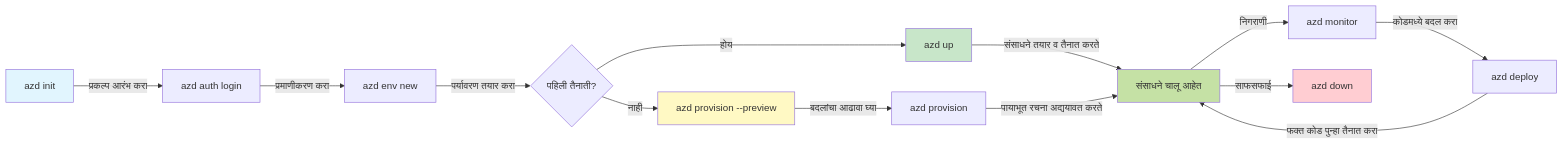
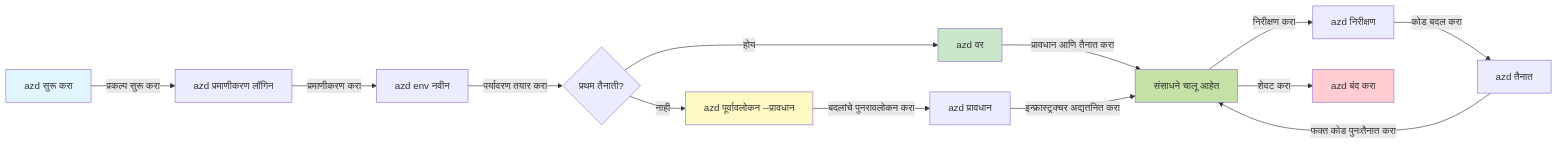
The first of 2 diagrams in translations/mr/docs/chapter-01-foundation/azd-basics.md (microsoft/AZD-for-beginners), drawn with Mermaid before and after one commit. The commit also changed other lines of this file and 101 other files, not shown here.

````diff
--- a/translations/mr/docs/chapter-01-foundation/azd-basics.md
+++ b/translations/mr/docs/chapter-01-foundation/azd-basics.md
@@ -254,21 +269,21 @@
 ```mermaid
 graph LR
-    A[azd init] -->|प्रकल्प आरंभ करा| B[azd auth login]
-    B -->|प्रमाणीकरण करा| C[azd env new]
-    C -->|पर्यावरण तयार करा| D{पहिली तैनाती?}
-    D -->|होय| E[azd up]
-    D -->|नाही| F[azd provision --preview]
-    F -->|बदलांचा आढावा घ्या| G[azd provision]
-    E -->|संसाधने तयार व तैनात करते| H[संसाधने चालू आहेत]
-    G -->|पायाभूत रचना अद्ययावत करते| H
-    H -->|निगराणी| I[azd monitor]
-    I -->|कोडमध्ये बदल करा| J[azd deploy]
-    J -->|फक्त कोड पुन्हा तैनात करा| H
-    H -->|साफसफाई| K[azd down]
+    A[azd सुरू करा] -->|प्रकल्प सुरू करा| B[azd प्रमाणीकरण लॉगिन]
+    B -->|प्रमाणीकरण करा| C[azd env नवीन]
+    C -->|पर्यावरण तयार करा| D{प्रथम तैनाती?}
+    D -->|होय| E[azd वर]
+    D -->|नाही| F[azd पूर्वावलोकन --प्रावधान]
+    F -->|बदलांचे पुनरावलोकन करा| G[azd प्रावधान]
+    E -->|प्रावधान आणि तैनात करा| H[संसाधने चालू आहेत]
+    G -->|इन्फ्रास्ट्रक्चर अद्यतनित करा| H
+    H -->|निरीक्षण करा| I[azd निरीक्षण]
+    I -->|कोड बदल करा| J[azd तैनात]
+    J -->|फक्त कोड पुनःतैनात करा| H
+    H -->|शेवट करा| K[azd बंद करा]
     
     style A fill:#e1f5fe
     style E fill:#c8e6c9
     style F fill:#fff9c4
     style H fill:#c5e1a5
     style K fill:#ffcdd2
 ```
````
